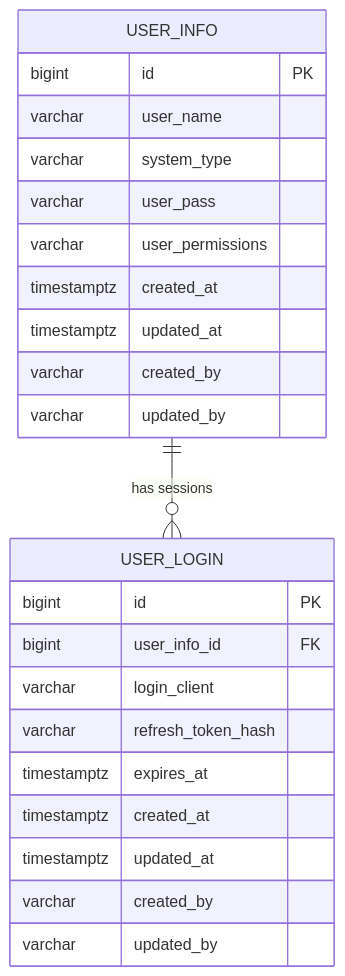
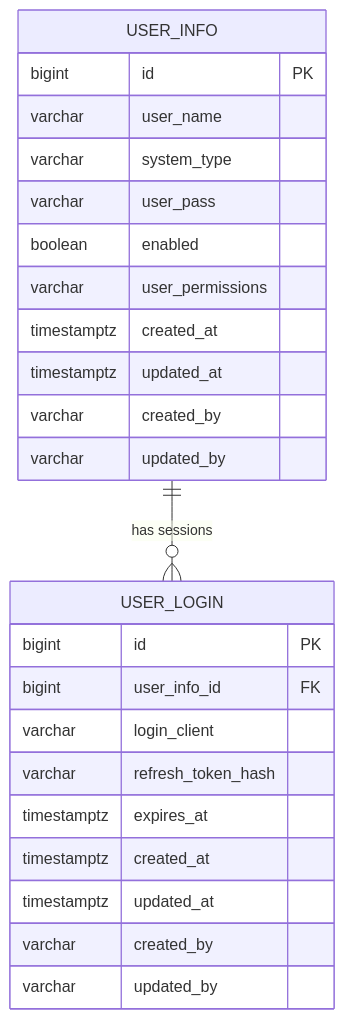
The diagram in docs/modules/manager/database_design.md (bbcdabao/baosys), drawn with Mermaid before and after one commit. The commit also changed other lines of this file and 211 other files, not shown here.

````diff
--- a/docs/modules/manager/database_design.md
+++ b/docs/modules/manager/database_design.md
@@ -16,28 +16,29 @@
 ```mermaid
 erDiagram
     USER_INFO ||--o{ USER_LOGIN : "has sessions"
 
     USER_INFO {
         bigint id PK
         varchar user_name
         varchar system_type
         varchar user_pass
+        boolean enabled
         varchar user_permissions
         timestamptz created_at
         timestamptz updated_at
         varchar created_by
         varchar updated_by
     }
 
     USER_LOGIN {
         bigint id PK
         bigint user_info_id FK
         varchar login_client
         varchar refresh_token_hash
         timestamptz expires_at
         timestamptz created_at
         timestamptz updated_at
         varchar created_by
         varchar updated_by
     }
 ```
````
